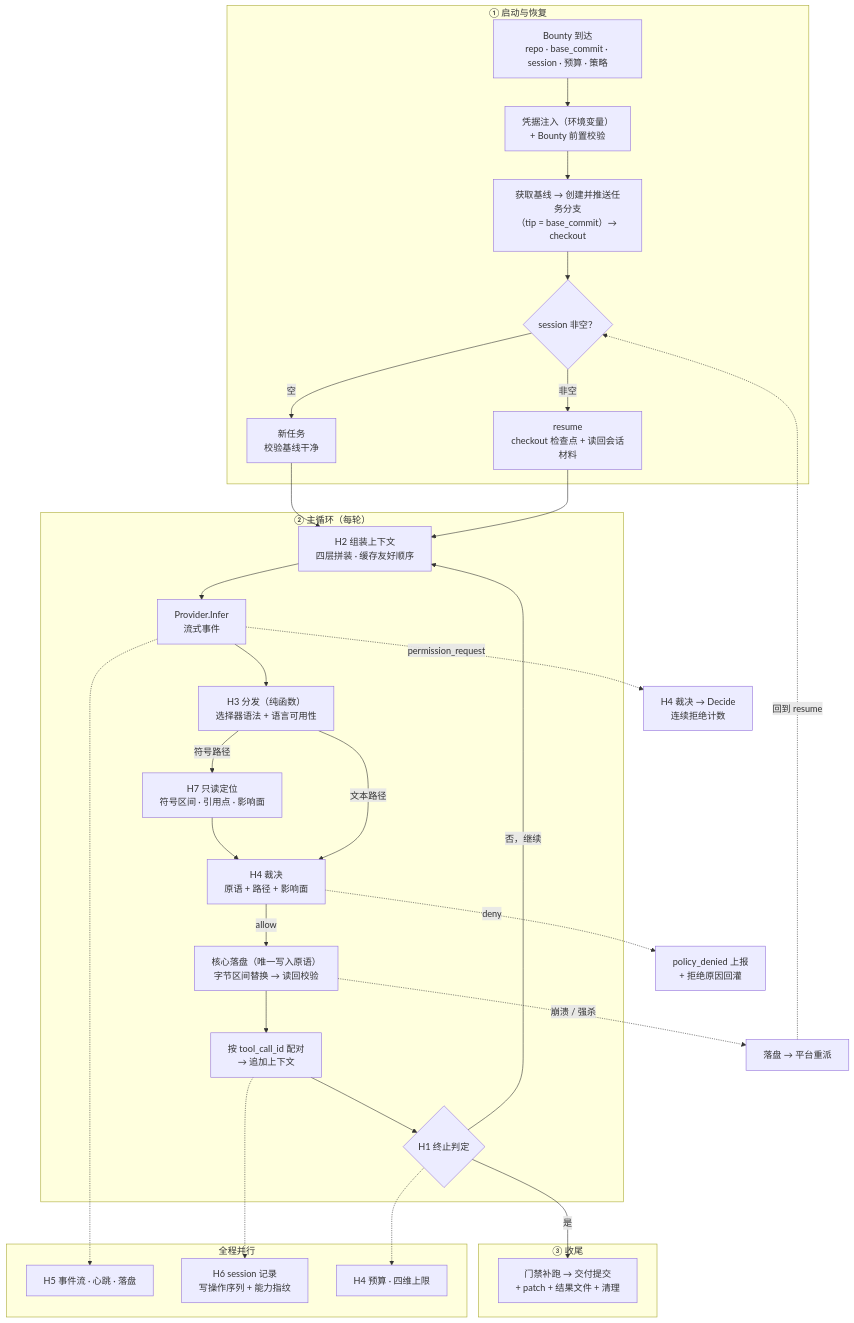
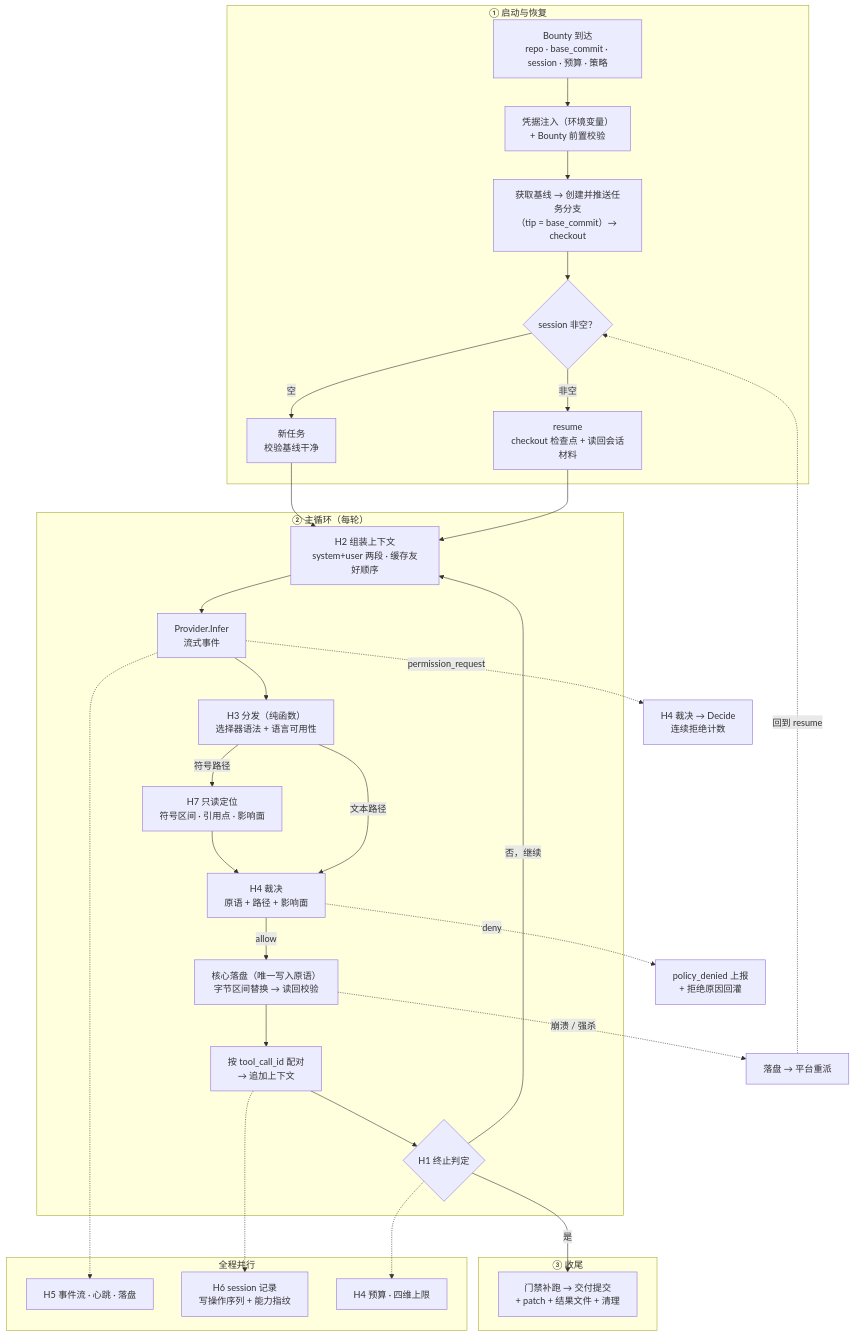
One commit to mengri/xhunter changed the diagram in docs/xhunter-architecture.md. Above: the diagram before and after it, drawn with Mermaid. The commit also changed other lines of this file and 90 other files, not shown here.

````diff
--- a/docs/xhunter-architecture.md
+++ b/docs/xhunter-architecture.md
@@ -714,53 +760,53 @@
 ```mermaid
 flowchart TD
     subgraph P1["① 启动与恢复"]
         A1["Bounty 到达<br/>repo · base_commit · session · 预算 · 策略"]
         A2["凭据注入（环境变量）<br/>+ Bounty 前置校验"]
         A3["获取基线 → 创建并推送任务分支<br/>（tip = base_commit）→ checkout"]
         A4{"session 非空？"}
         A5a["新任务<br/>校验基线干净"]
         A5b["resume<br/>checkout 检查点 + 读回会话材料"]
         A1 --> A2 --> A3 --> A4
         A4 -->|空| A5a
         A4 -->|非空| A5b
     end
 
     subgraph P2["② 主循环（每轮）"]
-        B1["H2 组装上下文<br/>四层拼装 · 缓存友好顺序"]
+        B1["H2 组装上下文<br/>system+user 两段 · 缓存友好顺序"]
         B2["Provider.Infer<br/>流式事件"]
         B3["H3 分发（纯函数）<br/>选择器语法 + 语言可用性"]
         B4["H7 只读定位<br/>符号区间 · 引用点 · 影响面"]
         B5["H4 裁决<br/>原语 + 路径 + 影响面"]
         B6["核心落盘（唯一写入原语）<br/>字节区间替换 → 读回校验"]
         B7["按 tool_call_id 配对<br/>→ 追加上下文"]
         B8{"H1 终止判定"}
         B1 --> B2 --> B3
         B3 -->|符号路径| B4 --> B5
         B3 -->|文本路径| B5
         B5 -->|allow| B6 --> B7 --> B8
         B8 -->|否，继续| B1
     end
 
     subgraph P3["③ 收尾"]
         C1["门禁补跑 → 交付提交<br/>+ patch + 结果文件 + 清理"]
     end
 
     subgraph P0["全程并行"]
         E1["H5 事件流 · 心跳 · 落盘"]
         E2["H6 session 记录<br/>写操作序列 + 能力指纹"]
         E3["H4 预算 · 四维上限"]
     end
 
     A5a --> B1
     A5b --> B1
     B8 -->|是| C1
 
     B2 -.->|permission_request| D1["H4 裁决 → Decide<br/>连续拒绝计数"]
     B5 -.->|deny| D2["policy_denied 上报<br/>+ 拒绝原因回灌"]
     B6 -.->|崩溃 / 强杀| D3["落盘 → 平台重派"]
     D3 -.->|回到 resume| A4
 
     B2 -.-> E1
     B7 -.-> E2
     B8 -.-> E3
 ```
````
